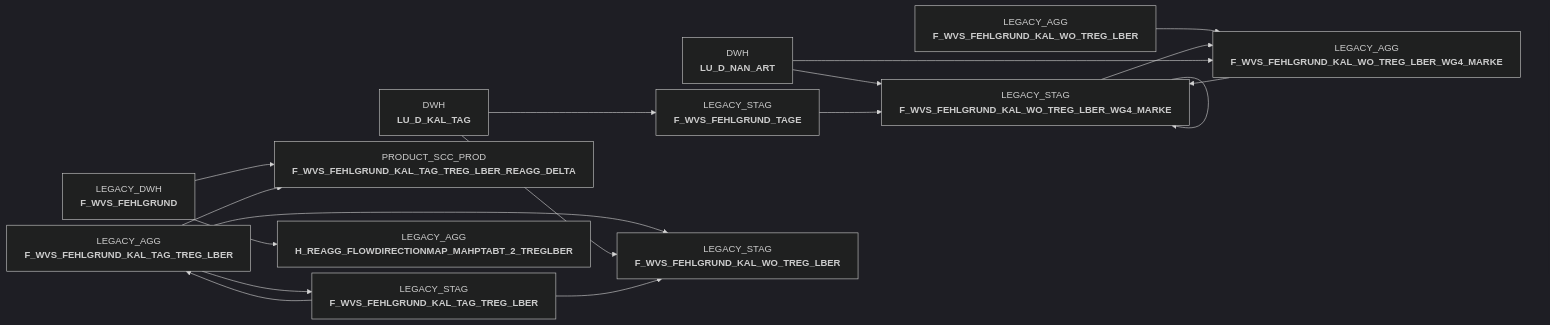
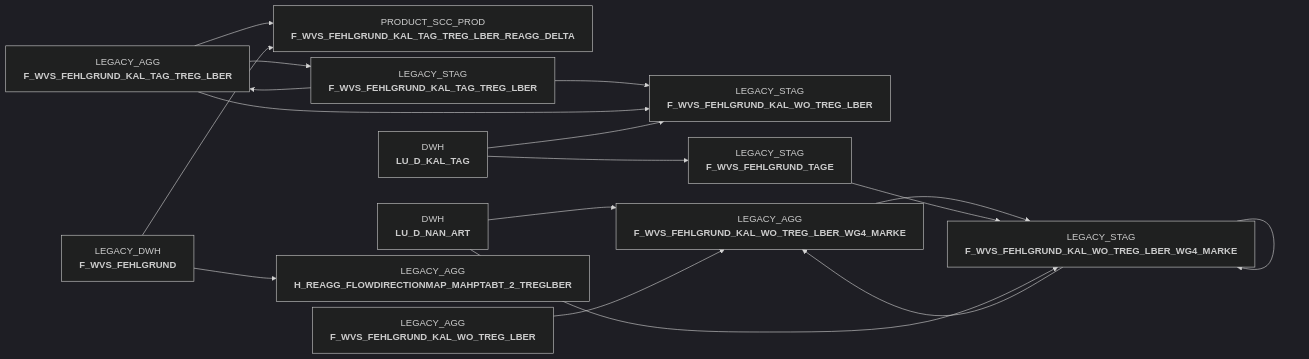
The diagram in docs/Applications/BDWH_SCCWVS/sccwvs_500_wvs_aggregate.sas.md (integration-factory-de/sas_code_docs), drawn with Mermaid (dark theme) before and after one commit. The commit also changed other lines of this file and 129 other files, not shown here.

````diff
--- a/docs/Applications/BDWH_SCCWVS/sccwvs_500_wvs_aggregate.sas.md
+++ b/docs/Applications/BDWH_SCCWVS/sccwvs_500_wvs_aggregate.sas.md
@@ -9,39 +45,39 @@
 ```mermaid
 %%{init: {'flowchart': { 'nodeSpacing': 10, 'rankSpacing': 40, 'rankdir': 'TB' }}}%%
 
 flowchart LR
 
-  LEGACY_AGG.F_WVS_FEHLGRUND_KAL_TAG_TREG_LBER["LEGACY_AGG<br/><b>F_WVS_FEHLGRUND_KAL_TAG_TREG_LBER</b>"] --> LEGACY_STAG.F_WVS_FEHLGRUND_KAL_TAG_TREG_LBER["LEGACY_STAG<br/><b>F_WVS_FEHLGRUND_KAL_TAG_TREG_LBER</b>"]
-  LEGACY_DWH.F_WVS_FEHLGRUND["LEGACY_DWH<br/><b>F_WVS_FEHLGRUND</b>"] --> PRODUCT_SCC_PROD.F_WVS_FEHLGRUND_KAL_TAG_TREG_LBER_REAGG_DELTA["PRODUCT_SCC_PROD<br/><b>F_WVS_FEHLGRUND_KAL_TAG_TREG_LBER_REAGG_DELTA</b>"]
-  DWH.LU_D_KAL_TAG["DWH<br/><b>LU_D_KAL_TAG</b>"] --> LEGACY_STAG.F_WVS_FEHLGRUND_TAGE["LEGACY_STAG<br/><b>F_WVS_FEHLGRUND_TAGE</b>"]
-  LEGACY_DWH.F_WVS_FEHLGRUND["LEGACY_DWH<br/><b>F_WVS_FEHLGRUND</b>"] --> LEGACY_AGG.H_REAGG_FLOWDIRECTIONMAP_MAHPTABT_2_TREGLBER["LEGACY_AGG<br/><b>H_REAGG_FLOWDIRECTIONMAP_MAHPTABT_2_TREGLBER</b>"]
-  DWH.LU_D_NAN_ART["DWH<br/><b>LU_D_NAN_ART</b>"] --> LEGACY_STAG.F_WVS_FEHLGRUND_KAL_WO_TREG_LBER_WG4_MARKE["LEGACY_STAG<br/><b>F_WVS_FEHLGRUND_KAL_WO_TREG_LBER_WG4_MARKE</b>"]
-  LEGACY_AGG.F_WVS_FEHLGRUND_KAL_WO_TREG_LBER["LEGACY_AGG<br/><b>F_WVS_FEHLGRUND_KAL_WO_TREG_LBER</b>"] --> LEGACY_AGG.F_WVS_FEHLGRUND_KAL_WO_TREG_LBER_WG4_MARKE["LEGACY_AGG<br/><b>F_WVS_FEHLGRUND_KAL_WO_TREG_LBER_WG4_MARKE</b>"]
-  LEGACY_STAG.F_WVS_FEHLGRUND_TAGE["LEGACY_STAG<br/><b>F_WVS_FEHLGRUND_TAGE</b>"] --> LEGACY_STAG.F_WVS_FEHLGRUND_KAL_WO_TREG_LBER_WG4_MARKE["LEGACY_STAG<br/><b>F_WVS_FEHLGRUND_KAL_WO_TREG_LBER_WG4_MARKE</b>"]
-  LEGACY_STAG.F_WVS_FEHLGRUND_KAL_TAG_TREG_LBER["LEGACY_STAG<br/><b>F_WVS_FEHLGRUND_KAL_TAG_TREG_LBER</b>"] --> LEGACY_AGG.F_WVS_FEHLGRUND_KAL_TAG_TREG_LBER["LEGACY_AGG<br/><b>F_WVS_FEHLGRUND_KAL_TAG_TREG_LBER</b>"]
-  LEGACY_AGG.F_WVS_FEHLGRUND_KAL_TAG_TREG_LBER["LEGACY_AGG<br/><b>F_WVS_FEHLGRUND_KAL_TAG_TREG_LBER</b>"] --> LEGACY_STAG.F_WVS_FEHLGRUND_KAL_WO_TREG_LBER["LEGACY_STAG<br/><b>F_WVS_FEHLGRUND_KAL_WO_TREG_LBER</b>"]
-  LEGACY_STAG.F_WVS_FEHLGRUND_KAL_WO_TREG_LBER_WG4_MARKE["LEGACY_STAG<br/><b>F_WVS_FEHLGRUND_KAL_WO_TREG_LBER_WG4_MARKE</b>"] --> LEGACY_AGG.F_WVS_FEHLGRUND_KAL_WO_TREG_LBER_WG4_MARKE["LEGACY_AGG<br/><b>F_WVS_FEHLGRUND_KAL_WO_TREG_LBER_WG4_MARKE</b>"]
-  DWH.LU_D_KAL_TAG["DWH<br/><b>LU_D_KAL_TAG</b>"] --> LEGACY_STAG.F_WVS_FEHLGRUND_KAL_WO_TREG_LBER["LEGACY_STAG<br/><b>F_WVS_FEHLGRUND_KAL_WO_TREG_LBER</b>"]
   LEGACY_AGG.F_WVS_FEHLGRUND_KAL_TAG_TREG_LBER["LEGACY_AGG<br/><b>F_WVS_FEHLGRUND_KAL_TAG_TREG_LBER</b>"] --> PRODUCT_SCC_PROD.F_WVS_FEHLGRUND_KAL_TAG_TREG_LBER_REAGG_DELTA["PRODUCT_SCC_PROD<br/><b>F_WVS_FEHLGRUND_KAL_TAG_TREG_LBER_REAGG_DELTA</b>"]
   LEGACY_STAG.F_WVS_FEHLGRUND_KAL_TAG_TREG_LBER["LEGACY_STAG<br/><b>F_WVS_FEHLGRUND_KAL_TAG_TREG_LBER</b>"] --> LEGACY_STAG.F_WVS_FEHLGRUND_KAL_WO_TREG_LBER["LEGACY_STAG<br/><b>F_WVS_FEHLGRUND_KAL_WO_TREG_LBER</b>"]
   LEGACY_AGG.F_WVS_FEHLGRUND_KAL_WO_TREG_LBER_WG4_MARKE["LEGACY_AGG<br/><b>F_WVS_FEHLGRUND_KAL_WO_TREG_LBER_WG4_MARKE</b>"] --> LEGACY_STAG.F_WVS_FEHLGRUND_KAL_WO_TREG_LBER_WG4_MARKE["LEGACY_STAG<br/><b>F_WVS_FEHLGRUND_KAL_WO_TREG_LBER_WG4_MARKE</b>"]
   LEGACY_STAG.F_WVS_FEHLGRUND_KAL_WO_TREG_LBER_WG4_MARKE["LEGACY_STAG<br/><b>F_WVS_FEHLGRUND_KAL_WO_TREG_LBER_WG4_MARKE</b>"] --> LEGACY_STAG.F_WVS_FEHLGRUND_KAL_WO_TREG_LBER_WG4_MARKE["LEGACY_STAG<br/><b>F_WVS_FEHLGRUND_KAL_WO_TREG_LBER_WG4_MARKE</b>"]
   DWH.LU_D_NAN_ART["DWH<br/><b>LU_D_NAN_ART</b>"] --> LEGACY_AGG.F_WVS_FEHLGRUND_KAL_WO_TREG_LBER_WG4_MARKE["LEGACY_AGG<br/><b>F_WVS_FEHLGRUND_KAL_WO_TREG_LBER_WG4_MARKE</b>"]
+  LEGACY_AGG.F_WVS_FEHLGRUND_KAL_WO_TREG_LBER["LEGACY_AGG<br/><b>F_WVS_FEHLGRUND_KAL_WO_TREG_LBER</b>"] --> LEGACY_AGG.F_WVS_FEHLGRUND_KAL_WO_TREG_LBER_WG4_MARKE["LEGACY_AGG<br/><b>F_WVS_FEHLGRUND_KAL_WO_TREG_LBER_WG4_MARKE</b>"]
+  LEGACY_STAG.F_WVS_FEHLGRUND_TAGE["LEGACY_STAG<br/><b>F_WVS_FEHLGRUND_TAGE</b>"] --> LEGACY_STAG.F_WVS_FEHLGRUND_KAL_WO_TREG_LBER_WG4_MARKE["LEGACY_STAG<br/><b>F_WVS_FEHLGRUND_KAL_WO_TREG_LBER_WG4_MARKE</b>"]
+  LEGACY_AGG.F_WVS_FEHLGRUND_KAL_TAG_TREG_LBER["LEGACY_AGG<br/><b>F_WVS_FEHLGRUND_KAL_TAG_TREG_LBER</b>"] --> LEGACY_STAG.F_WVS_FEHLGRUND_KAL_WO_TREG_LBER["LEGACY_STAG<br/><b>F_WVS_FEHLGRUND_KAL_WO_TREG_LBER</b>"]
+  LEGACY_STAG.F_WVS_FEHLGRUND_KAL_WO_TREG_LBER_WG4_MARKE["LEGACY_STAG<br/><b>F_WVS_FEHLGRUND_KAL_WO_TREG_LBER_WG4_MARKE</b>"] --> LEGACY_AGG.F_WVS_FEHLGRUND_KAL_WO_TREG_LBER_WG4_MARKE["LEGACY_AGG<br/><b>F_WVS_FEHLGRUND_KAL_WO_TREG_LBER_WG4_MARKE</b>"]
+  LEGACY_AGG.F_WVS_FEHLGRUND_KAL_TAG_TREG_LBER["LEGACY_AGG<br/><b>F_WVS_FEHLGRUND_KAL_TAG_TREG_LBER</b>"] --> LEGACY_STAG.F_WVS_FEHLGRUND_KAL_TAG_TREG_LBER["LEGACY_STAG<br/><b>F_WVS_FEHLGRUND_KAL_TAG_TREG_LBER</b>"]
+  LEGACY_DWH.F_WVS_FEHLGRUND["LEGACY_DWH<br/><b>F_WVS_FEHLGRUND</b>"] --> PRODUCT_SCC_PROD.F_WVS_FEHLGRUND_KAL_TAG_TREG_LBER_REAGG_DELTA["PRODUCT_SCC_PROD<br/><b>F_WVS_FEHLGRUND_KAL_TAG_TREG_LBER_REAGG_DELTA</b>"]
+  LEGACY_STAG.F_WVS_FEHLGRUND_KAL_TAG_TREG_LBER["LEGACY_STAG<br/><b>F_WVS_FEHLGRUND_KAL_TAG_TREG_LBER</b>"] --> LEGACY_AGG.F_WVS_FEHLGRUND_KAL_TAG_TREG_LBER["LEGACY_AGG<br/><b>F_WVS_FEHLGRUND_KAL_TAG_TREG_LBER</b>"]
+  DWH.LU_D_KAL_TAG["DWH<br/><b>LU_D_KAL_TAG</b>"] --> LEGACY_STAG.F_WVS_FEHLGRUND_KAL_WO_TREG_LBER["LEGACY_STAG<br/><b>F_WVS_FEHLGRUND_KAL_WO_TREG_LBER</b>"]
+  DWH.LU_D_KAL_TAG["DWH<br/><b>LU_D_KAL_TAG</b>"] --> LEGACY_STAG.F_WVS_FEHLGRUND_TAGE["LEGACY_STAG<br/><b>F_WVS_FEHLGRUND_TAGE</b>"]
+  LEGACY_DWH.F_WVS_FEHLGRUND["LEGACY_DWH<br/><b>F_WVS_FEHLGRUND</b>"] --> LEGACY_AGG.H_REAGG_FLOWDIRECTIONMAP_MAHPTABT_2_TREGLBER["LEGACY_AGG<br/><b>H_REAGG_FLOWDIRECTIONMAP_MAHPTABT_2_TREGLBER</b>"]
+  DWH.LU_D_NAN_ART["DWH<br/><b>LU_D_NAN_ART</b>"] --> LEGACY_STAG.F_WVS_FEHLGRUND_KAL_WO_TREG_LBER_WG4_MARKE["LEGACY_STAG<br/><b>F_WVS_FEHLGRUND_KAL_WO_TREG_LBER_WG4_MARKE</b>"]
   click LEGACY_AGG.F_WVS_FEHLGRUND_KAL_TAG_TREG_LBER "../../tables/LEGACY_AGG/F_WVS_FEHLGRUND_KAL_TAG_TREG_LBER"
-  click LEGACY_DWH.F_WVS_FEHLGRUND "../../tables/LEGACY_DWH/F_WVS_FEHLGRUND"
-  click DWH.LU_D_KAL_TAG "../../tables/DWH/LU_D_KAL_TAG"
+  click LEGACY_STAG.F_WVS_FEHLGRUND_KAL_TAG_TREG_LBER "../../tables/LEGACY_STAG/F_WVS_FEHLGRUND_KAL_TAG_TREG_LBER"
+  click LEGACY_AGG.F_WVS_FEHLGRUND_KAL_WO_TREG_LBER_WG4_MARKE "../../tables/LEGACY_AGG/F_WVS_FEHLGRUND_KAL_WO_TREG_LBER_WG4_MARKE"
+  click LEGACY_STAG.F_WVS_FEHLGRUND_KAL_WO_TREG_LBER_WG4_MARKE "../../tables/LEGACY_STAG/F_WVS_FEHLGRUND_KAL_WO_TREG_LBER_WG4_MARKE"
   click DWH.LU_D_NAN_ART "../../tables/DWH/LU_D_NAN_ART"
   click LEGACY_AGG.F_WVS_FEHLGRUND_KAL_WO_TREG_LBER "../../tables/LEGACY_AGG/F_WVS_FEHLGRUND_KAL_WO_TREG_LBER"
   click LEGACY_STAG.F_WVS_FEHLGRUND_TAGE "../../tables/LEGACY_STAG/F_WVS_FEHLGRUND_TAGE"
-  click LEGACY_STAG.F_WVS_FEHLGRUND_KAL_TAG_TREG_LBER "../../tables/LEGACY_STAG/F_WVS_FEHLGRUND_KAL_TAG_TREG_LBER"
+  click LEGACY_DWH.F_WVS_FEHLGRUND "../../tables/LEGACY_DWH/F_WVS_FEHLGRUND"
+  click DWH.LU_D_KAL_TAG "../../tables/DWH/LU_D_KAL_TAG"
+  click PRODUCT_SCC_PROD.F_WVS_FEHLGRUND_KAL_TAG_TREG_LBER_REAGG_DELTA "../../tables/PRODUCT_SCC_PROD/F_WVS_FEHLGRUND_KAL_TAG_TREG_LBER_REAGG_DELTA"
+  click LEGACY_STAG.F_WVS_FEHLGRUND_KAL_WO_TREG_LBER "../../tables/LEGACY_STAG/F_WVS_FEHLGRUND_KAL_WO_TREG_LBER"
   click LEGACY_STAG.F_WVS_FEHLGRUND_KAL_WO_TREG_LBER_WG4_MARKE "../../tables/LEGACY_STAG/F_WVS_FEHLGRUND_KAL_WO_TREG_LBER_WG4_MARKE"
   click LEGACY_AGG.F_WVS_FEHLGRUND_KAL_WO_TREG_LBER_WG4_MARKE "../../tables/LEGACY_AGG/F_WVS_FEHLGRUND_KAL_WO_TREG_LBER_WG4_MARKE"
   click LEGACY_STAG.F_WVS_FEHLGRUND_KAL_TAG_TREG_LBER "../../tables/LEGACY_STAG/F_WVS_FEHLGRUND_KAL_TAG_TREG_LBER"
-  click PRODUCT_SCC_PROD.F_WVS_FEHLGRUND_KAL_TAG_TREG_LBER_REAGG_DELTA "../../tables/PRODUCT_SCC_PROD/F_WVS_FEHLGRUND_KAL_TAG_TREG_LBER_REAGG_DELTA"
+  click LEGACY_AGG.F_WVS_FEHLGRUND_KAL_TAG_TREG_LBER "../../tables/LEGACY_AGG/F_WVS_FEHLGRUND_KAL_TAG_TREG_LBER"
   click LEGACY_STAG.F_WVS_FEHLGRUND_TAGE "../../tables/LEGACY_STAG/F_WVS_FEHLGRUND_TAGE"
   click LEGACY_AGG.H_REAGG_FLOWDIRECTIONMAP_MAHPTABT_2_TREGLBER "../../tables/LEGACY_AGG/H_REAGG_FLOWDIRECTIONMAP_MAHPTABT_2_TREGLBER"
-  click LEGACY_STAG.F_WVS_FEHLGRUND_KAL_WO_TREG_LBER_WG4_MARKE "../../tables/LEGACY_STAG/F_WVS_FEHLGRUND_KAL_WO_TREG_LBER_WG4_MARKE"
-  click LEGACY_AGG.F_WVS_FEHLGRUND_KAL_WO_TREG_LBER_WG4_MARKE "../../tables/LEGACY_AGG/F_WVS_FEHLGRUND_KAL_WO_TREG_LBER_WG4_MARKE"
-  click LEGACY_AGG.F_WVS_FEHLGRUND_KAL_TAG_TREG_LBER "../../tables/LEGACY_AGG/F_WVS_FEHLGRUND_KAL_TAG_TREG_LBER"
-  click LEGACY_STAG.F_WVS_FEHLGRUND_KAL_WO_TREG_LBER "../../tables/LEGACY_STAG/F_WVS_FEHLGRUND_KAL_WO_TREG_LBER"
 ```
````
